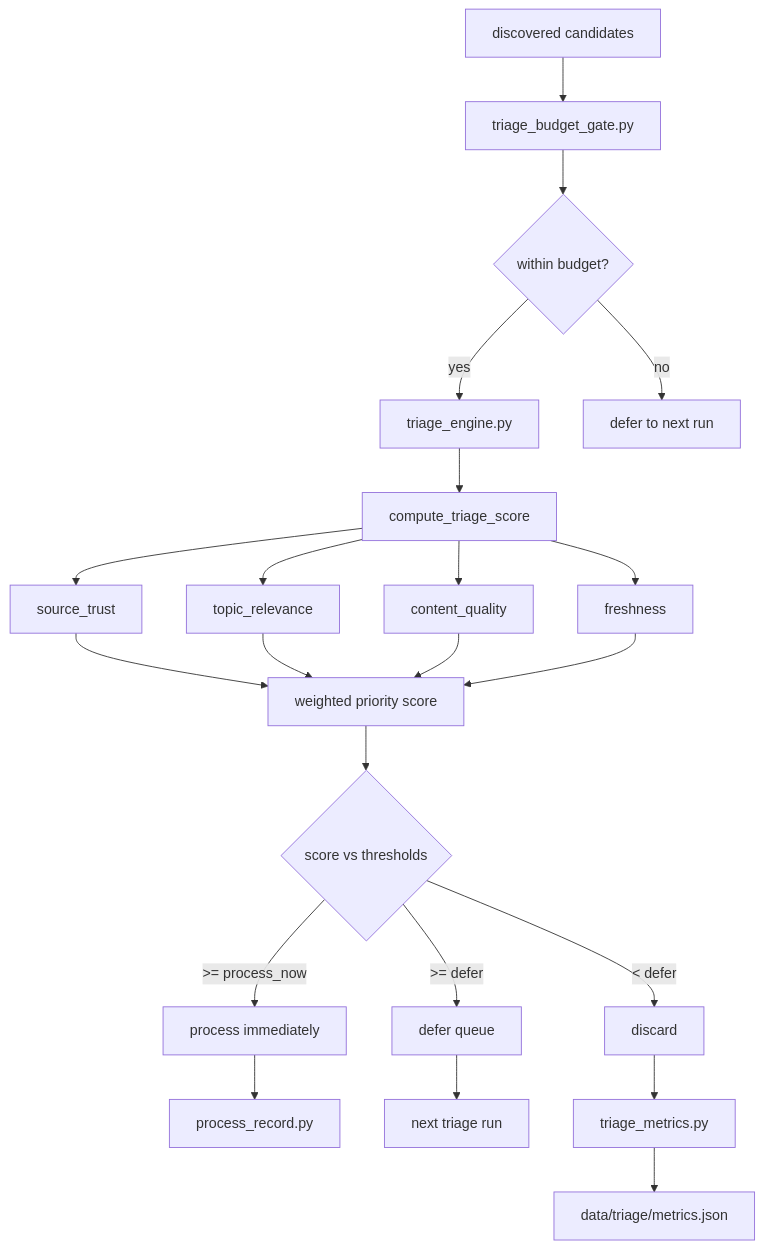
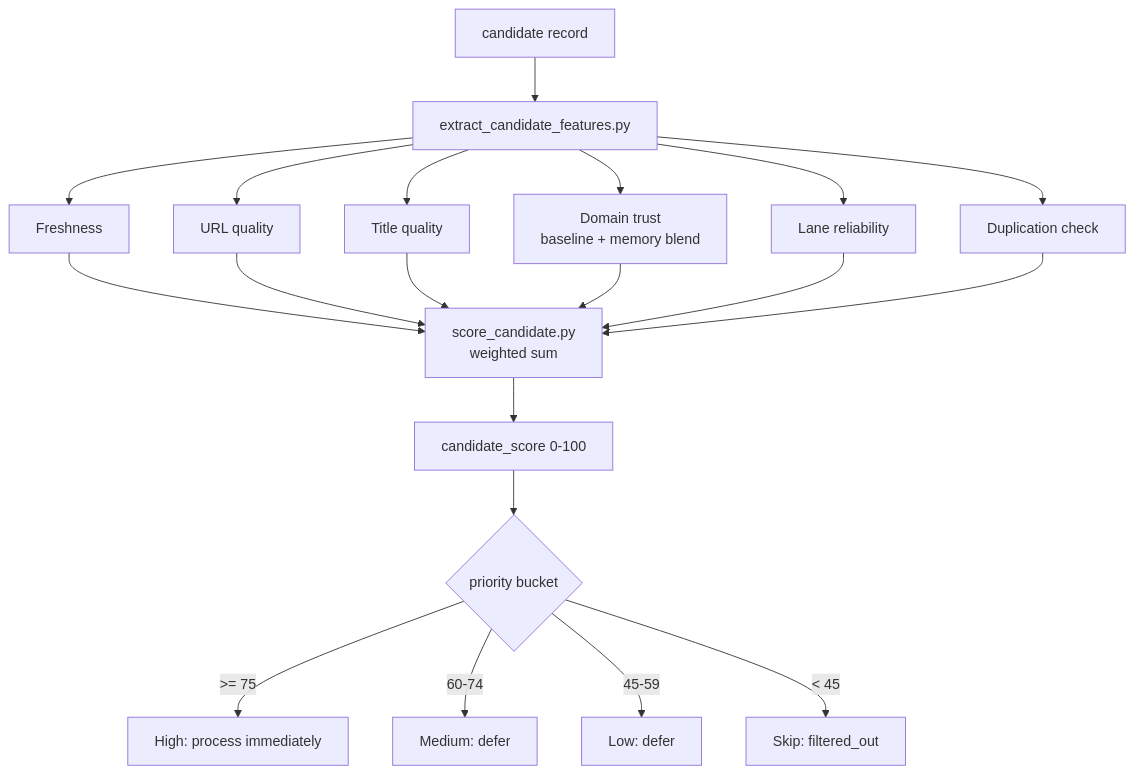
The tenth of 16 diagrams in README.md (RishiJain905/Finance-Research-Archive), drawn with Mermaid before and after one commit. The commit also changed other lines of this file, not shown here.

First line of the commit message:
docs: update README for all 10 V3 phases complete with new mermaid diagrams

````diff
--- a/README.md
+++ b/README.md
@@ -518,25 +476,20 @@
 ```mermaid
 flowchart TD
-    A[discovered candidates] --> B[triage_budget_gate.py]
-    B --> C{within budget?}
-    C -->|yes| D[triage_engine.py]
-    C -->|no| E[defer to next run]
-    
-    D --> F[compute_triage_score]
-    F --> G[source_trust]
-    F --> H[topic_relevance]
-    F --> I[content_quality]
-    F --> J[freshness]
-    
-    G & H & I & J --> K[weighted priority score]
-    
-    K --> L{score vs thresholds}
-    L -->|>= process_now| M[process immediately]
-    L -->|>= defer| N[defer queue]
-    L -->|< defer| O[discard]
-    
-    M --> P[process_record.py]
-    N --> Q[next triage run]
-    O --> R[triage_metrics.py]
-    R --> S[data/triage/metrics.json]
+    A[candidate record] --> B[extract_candidate_features.py]
+
+    B --> C[Freshness]
+    B --> D[URL quality]
+    B --> E[Title quality]
+    B --> F[Domain trust<br/>baseline + memory blend]
+    B --> G[Lane reliability]
+    B --> H[Duplication check]
+
+    C & D & E & F & G & H --> I[score_candidate.py<br/>weighted sum]
+    I --> J[candidate_score 0-100]
+
+    J --> K{priority bucket}
+    K -->|>= 75| L[High: process immediately]
+    K -->|60-74| M[Medium: defer]
+    K -->|45-59| N[Low: defer]
+    K -->|< 45| O[Skip: filtered_out]
 ```
````
